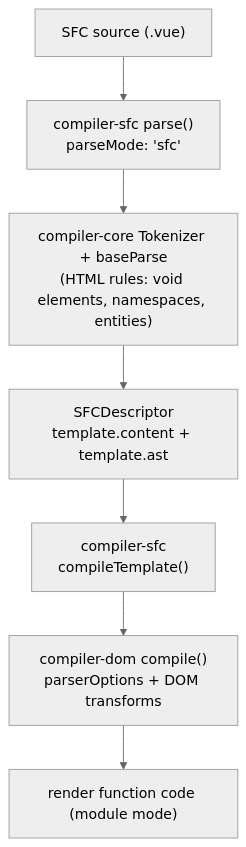
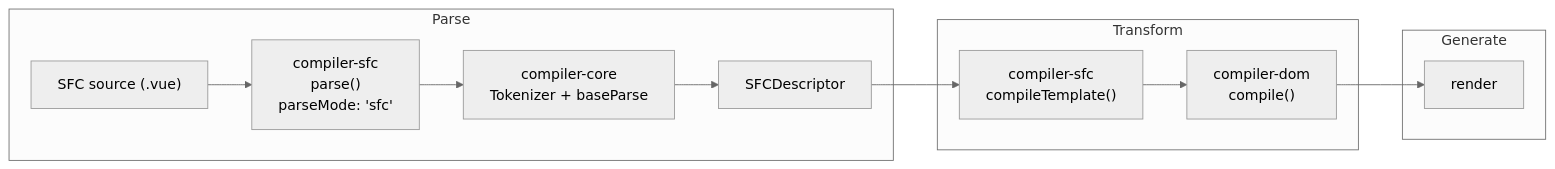
The diagram in records/presentations/vuefes-japan-2026/11ty/pages/en.md (yamanoku/yamanoku.github.io), drawn with Mermaid (neutral theme) before and after one commit. The commit also changed other lines of this file and 2 other files, not shown here.

Commit message:
wip: コンパイル図をParse/Transform/Generateに分け、Markuplintルール例を追加

````diff
--- a/records/presentations/vuefes-japan-2026/11ty/pages/en.md
+++ b/records/presentations/vuefes-japan-2026/11ty/pages/en.md
@@ -152,9 +152,17 @@
 ```mermaid
-flowchart TD
-  A["SFC source (.vue)"] --> B["compiler-sfc parse()<br/>parseMode: 'sfc'"]
-  B --> C["compiler-core Tokenizer + baseParse<br/>(HTML rules: void elements, namespaces, entities)"]
-  C --> D["SFCDescriptor<br/>template.content + template.ast"]
-  D --> E["compiler-sfc<br/>compileTemplate()"]
-  E --> F["compiler-dom compile()<br/>parserOptions + DOM transforms"]
-  F --> G["render function code (module mode)"]
+flowchart LR
+  subgraph Parse
+    A["SFC source (.vue)"] --> B["compiler-sfc<br/>parse()<br/>parseMode: 'sfc'"]
+    B --> C["compiler-core<br/>Tokenizer + baseParse"]
+    C --> D["SFCDescriptor"]
+  end
+  subgraph Transform
+    E["compiler-sfc<br/>compileTemplate()"]
+    E --> F["compiler-dom<br/>compile()"]
+  end
+  subgraph Generate
+    G["render"]
+  end
+  D --> E
+  F --> G
 ```
````
